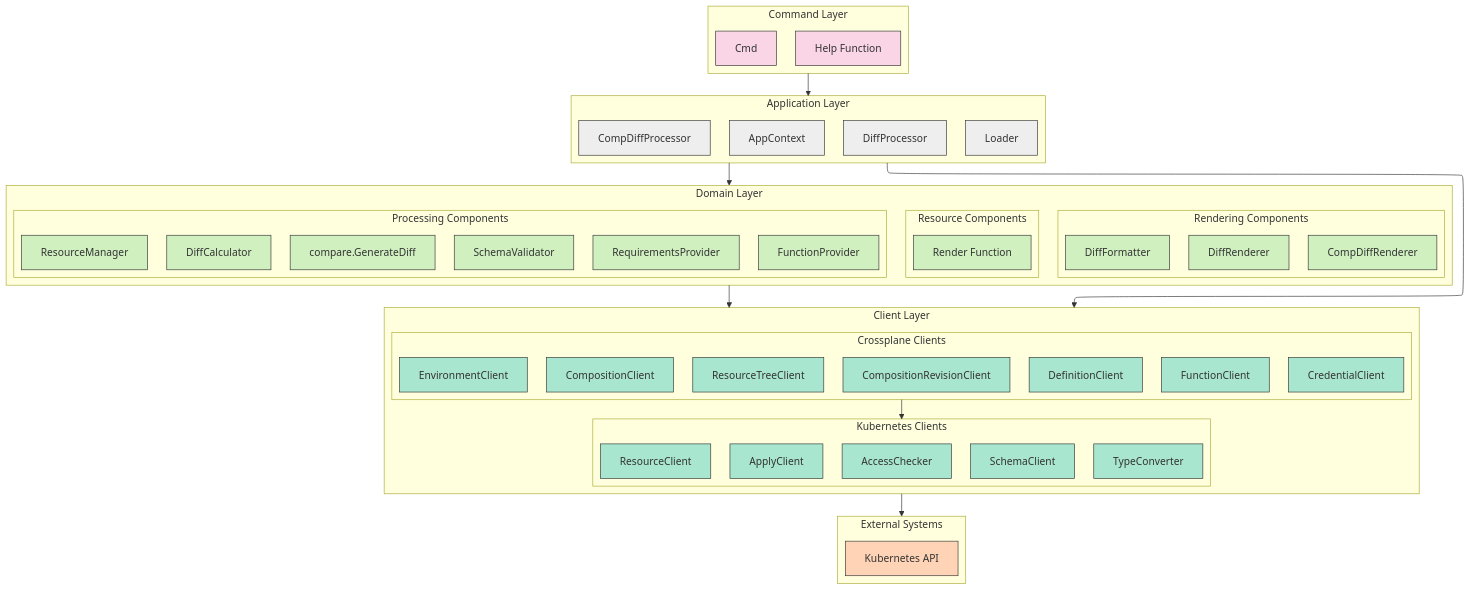
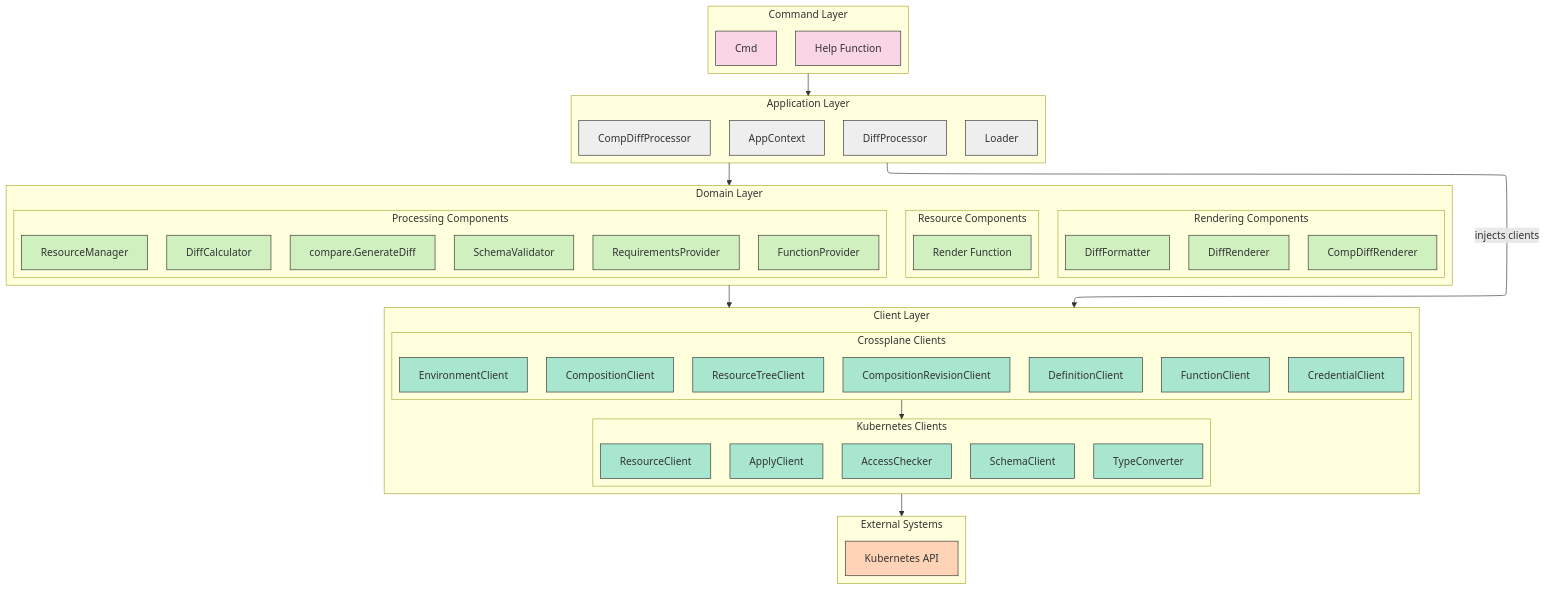
Before and after one commit to crossplane-contrib/crossplane-diff: the diagram in design/design-doc-cli-diff/layered-architecture.mermaid, drawn with Mermaid. The commit also changed 1 other file, not shown here.

Commit message:
docs(design): label the Application-to-Client edge in layered-architecture

```diff
--- a/design/design-doc-cli-diff/layered-architecture.mermaid
+++ b/design/design-doc-cli-diff/layered-architecture.mermaid
@@ -1,83 +1,84 @@
 %%{init: {"flowchart": {"defaultRenderer": "elk"}}}%%
 flowchart TD
     subgraph CMDL["Command Layer"]
         CMD[Cmd]
         HELP[Help Function]
     end
     
     subgraph APPL["Application Layer"]
         APP[AppContext]
         DPR[DiffProcessor]
         CDPR[CompDiffProcessor]
         LOAD[Loader]
     end
 
     subgraph DOML["Domain Layer"]
         subgraph PROC["Processing Components"]
             DIFFCALC[DiffCalculator]
             SCHMVLD[SchemaValidator]
             RESMGR[ResourceManager]
             REQPRV[RequirementsProvider]
             FNPRV[FunctionProvider]
             CMPR[compare.GenerateDiff]
         end
 
         subgraph REND["Rendering Components"]
             DIFFRND[DiffRenderer]
             CDIFFRND[CompDiffRenderer]
             DIFFFRM[DiffFormatter]
         end
 
         subgraph RESC["Resource Components"]
             RENDER[Render Function]
         end
     end
 
     subgraph CLIL["Client Layer"]
         subgraph K8SC["Kubernetes Clients"]
             APPLY[ApplyClient]
             ACCSS[AccessChecker]
             RESRC[ResourceClient]
             SCHMA[SchemaClient]
             TCONV[TypeConverter]
         end
 
         subgraph XPC["Crossplane Clients"]
             COMP[CompositionClient]
             DEFN[DefinitionClient]
             ENVT[EnvironmentClient]
             FUNC[FunctionClient]
             CRED[CredentialClient]
             TREE[ResourceTreeClient]
             CREV[CompositionRevisionClient]
         end
     end
     
     subgraph EXTL["External Systems"]
         K8S[Kubernetes API]
     end
     
     %% Edges join groups, not components: every component in a group
     %% depends on the same groups below it, and enumerating each pair
     %% adds noise without information.
     CMDL --> APPL
-    %% AppContext constructs every client and hands them to the processors.
     APPL --> DOML
-    APPL --> CLIL
+    %% AppContext constructs every client and injects them into the domain (IoC),
+    %% so this one edge covers the Application layer's reach into the Client layer.
+    APPL -->|"injects clients"| CLIL
     DOML --> CLIL
     %% Crossplane clients are built on the generic ResourceClient.
     XPC --> K8SC
     CLIL --> EXTL
 
     %% Styling
     classDef commandLayer fill:#f9d5e5,stroke:#333,stroke-width:1px
     classDef applicationLayer fill:#eeeeee,stroke:#333,stroke-width:1px
     classDef domainLayer fill:#d0f0c0,stroke:#333,stroke-width:1px
     classDef clientLayer fill:#a8e6cf,stroke:#333,stroke-width:1px
     classDef externalSystems fill:#ffd3b6,stroke:#333,stroke-width:1px
     
     class CMD,HELP commandLayer
     class APP,DPR,CDPR,LOAD applicationLayer
     class DIFFCALC,CMPR,SCHMVLD,RESMGR,REQPRV,FNPRV,DIFFRND,CDIFFRND,DIFFFRM,RENDER domainLayer
     class APPLY,ACCSS,RESRC,SCHMA,TCONV,COMP,CREV,DEFN,ENVT,FUNC,CRED,TREE clientLayer
     class K8S externalSystems
```
